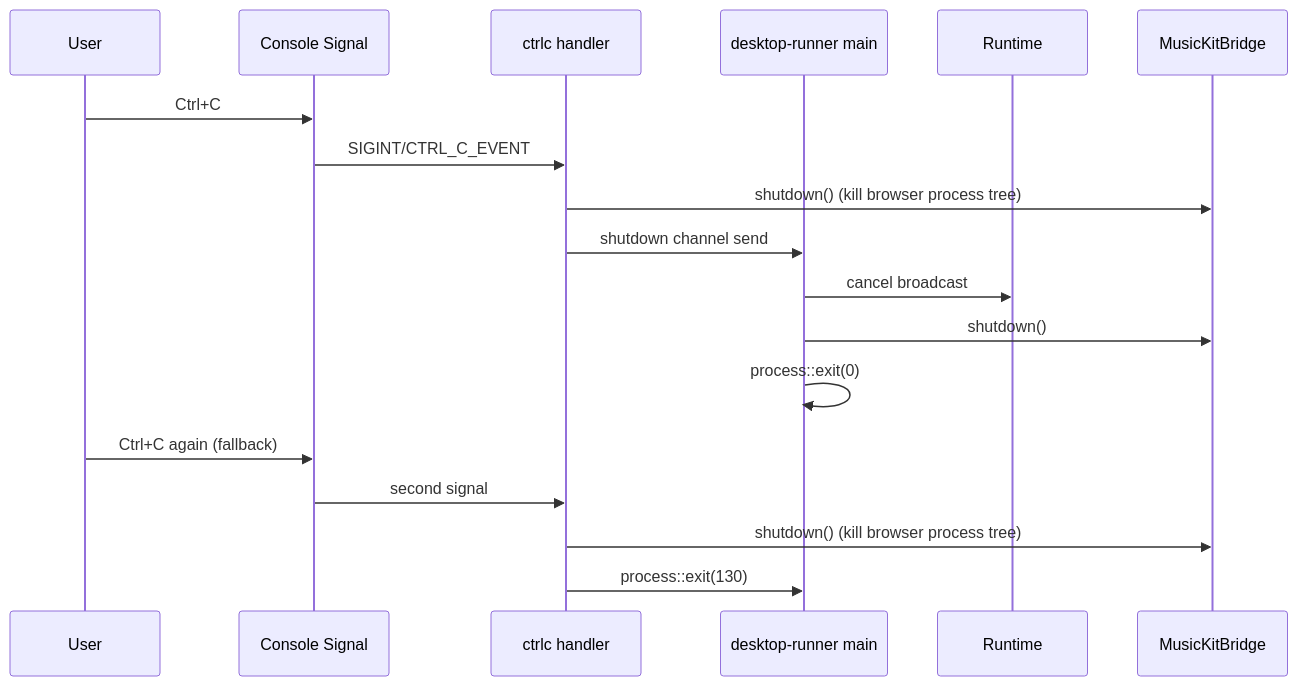
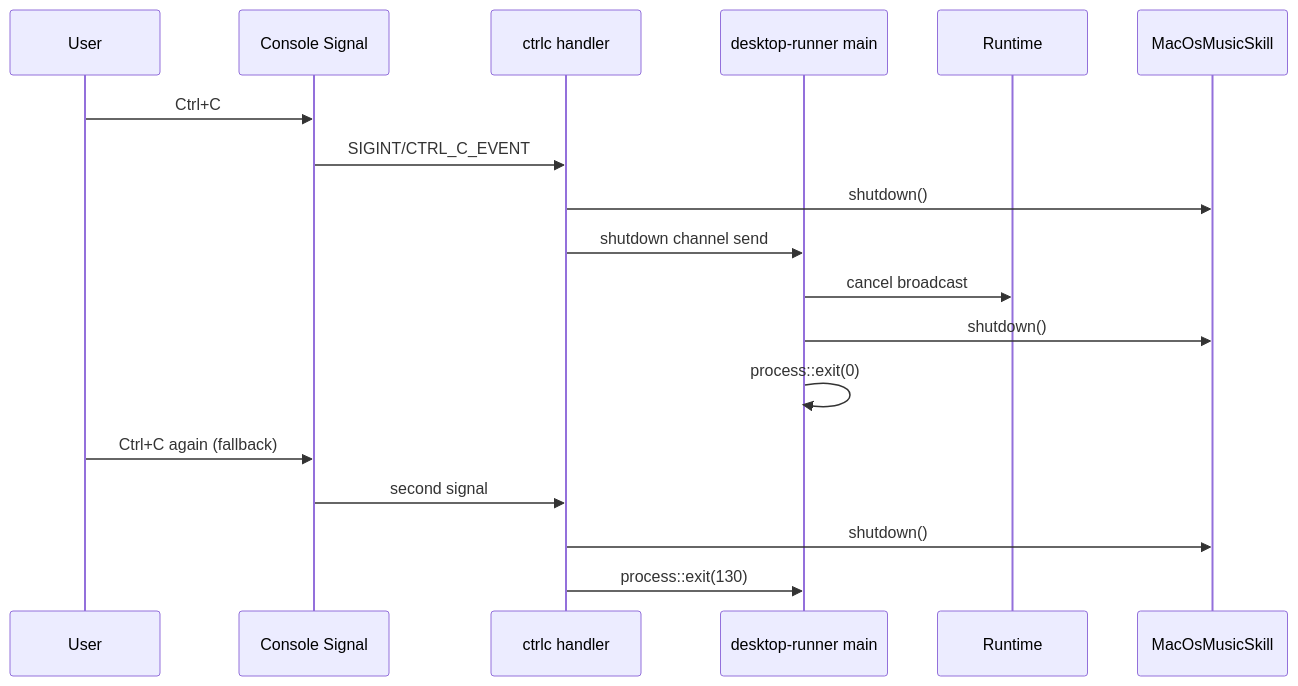
One commit to AncientiCe/aice changed diagram 16 of 16 in docs/architecture/README.md. Above: the diagram before and after it, drawn with Mermaid. The commit also changed other lines of this file and 20 other files, not shown here.

````diff
--- a/docs/architecture/README.md
+++ b/docs/architecture/README.md
@@ -398,20 +387,20 @@
 ```mermaid
 sequenceDiagram
     participant User
     participant OS as Console Signal
     participant Handler as ctrlc handler
     participant Main as desktop-runner main
     participant Runtime
-    participant Media as MusicKitBridge
+    participant Media as MacOsMusicSkill
     User->>OS: Ctrl+C
     OS->>Handler: SIGINT/CTRL_C_EVENT
-    Handler->>Media: shutdown() (kill browser process tree)
+    Handler->>Media: shutdown()
     Handler->>Main: shutdown channel send
     Main->>Runtime: cancel broadcast
     Main->>Media: shutdown()
     Main->>Main: process::exit(0)
     User->>OS: Ctrl+C again (fallback)
     OS->>Handler: second signal
-    Handler->>Media: shutdown() (kill browser process tree)
+    Handler->>Media: shutdown()
     Handler->>Main: process::exit(130)
 ```
````
